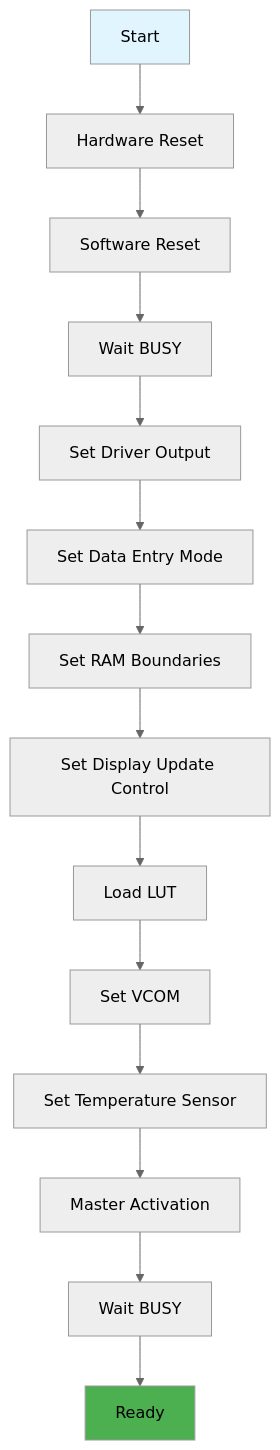
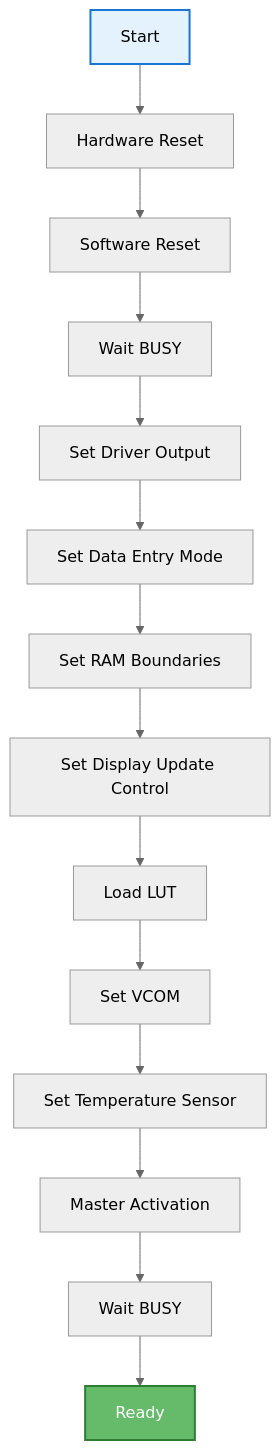
One commit to johanns/libepaper changed diagram 11 of 12 in docs/ARCHITECTURE.md. Above: the diagram before and after it, drawn with Mermaid (neutral theme). The commit also changed other lines of this file and 3 other files, not shown here.

````diff
--- a/docs/ARCHITECTURE.md
+++ b/docs/ARCHITECTURE.md
@@ -571,19 +620,19 @@
 ```mermaid
 graph TD
     A[Start] --> B[Hardware Reset]
     B --> C[Software Reset]
     C --> D[Wait BUSY]
     D --> E[Set Driver Output]
     E --> F[Set Data Entry Mode]
     F --> G[Set RAM Boundaries]
     G --> H[Set Display Update Control]
     H --> I[Load LUT]
     I --> J[Set VCOM]
     J --> K[Set Temperature Sensor]
     K --> L[Master Activation]
     L --> M[Wait BUSY]
     M --> N[Ready]
 
-    style A fill:#e1f5ff
-    style N fill:#4caf50
+    style A fill:#e3f2fd,stroke:#1976d2,stroke-width:2px,color:#000
+    style N fill:#66bb6a,stroke:#2e7d32,stroke-width:2px,color:#fff
 ```
````
